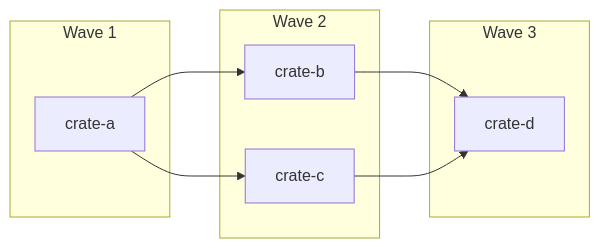
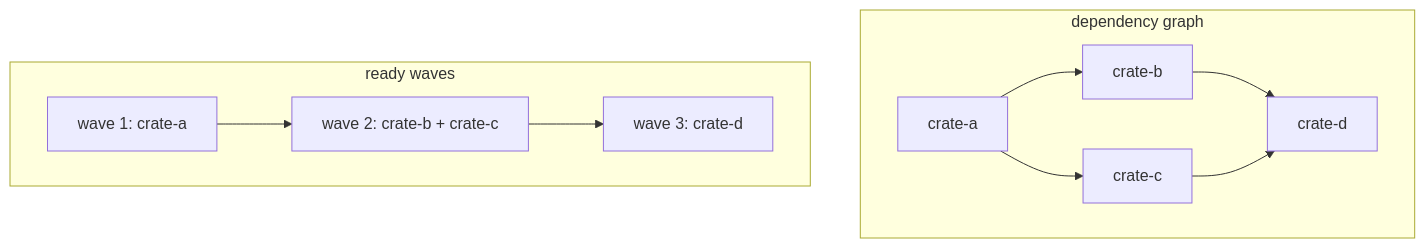
One commit to kbukum/toven changed the third of 5 diagrams in docs/scenarios.md. Above: the diagram before and after it, drawn with Mermaid. The commit also changed other lines of this file and 3 other files, not shown here.

````diff
--- a/docs/scenarios.md
+++ b/docs/scenarios.md
@@ -48,18 +43,14 @@
 ```mermaid
-flowchart LR
-    A[crate-a] --> B[crate-b]
-    A --> C[crate-c]
-    B --> D[crate-d]
-    C --> D
+flowchart TD
+    subgraph Graph["dependency graph"]
+      A["crate-a"] --> B["crate-b"]
+      A --> C["crate-c"]
+      B --> D["crate-d"]
+      C --> D
+    end
 
-    subgraph Wave 1
-      A
-    end
-    subgraph Wave 2
-      B
-      C
-    end
-    subgraph Wave 3
-      D
+    subgraph Waves["ready waves"]
+      W1["wave 1: crate-a"] --> W2["wave 2: crate-b + crate-c"]
+      W2 --> W3["wave 3: crate-d"]
     end
 ```
````
